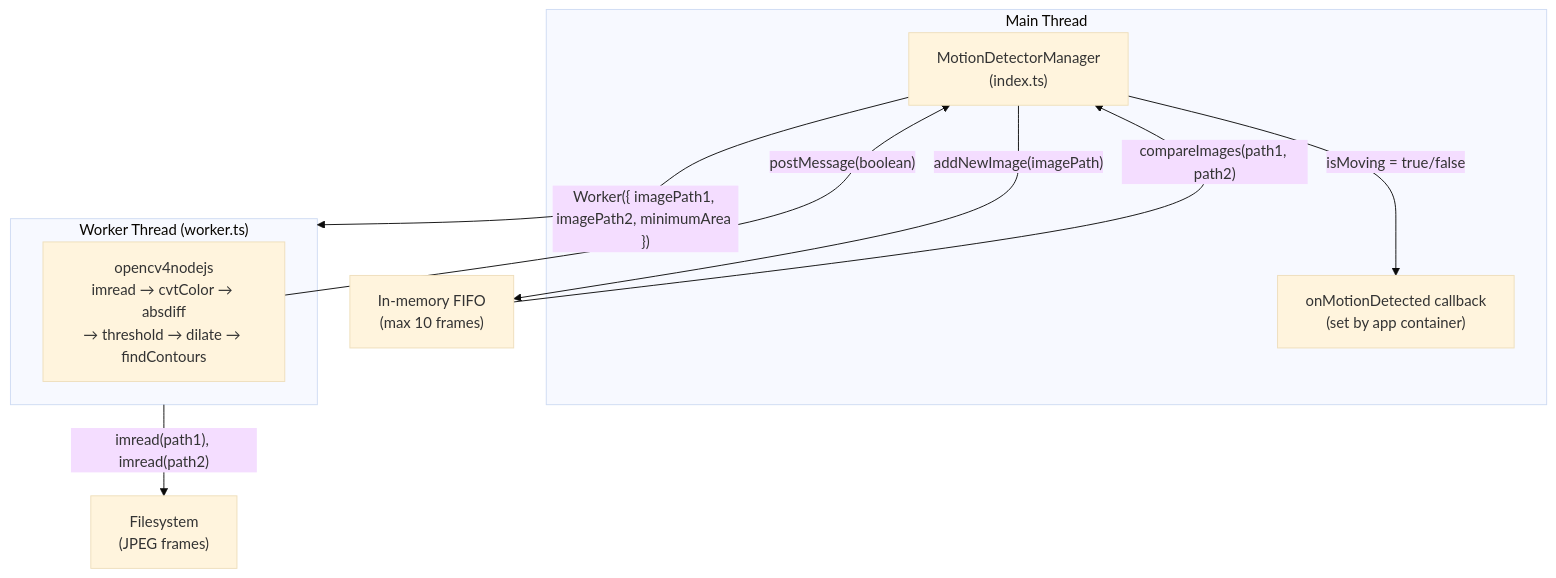
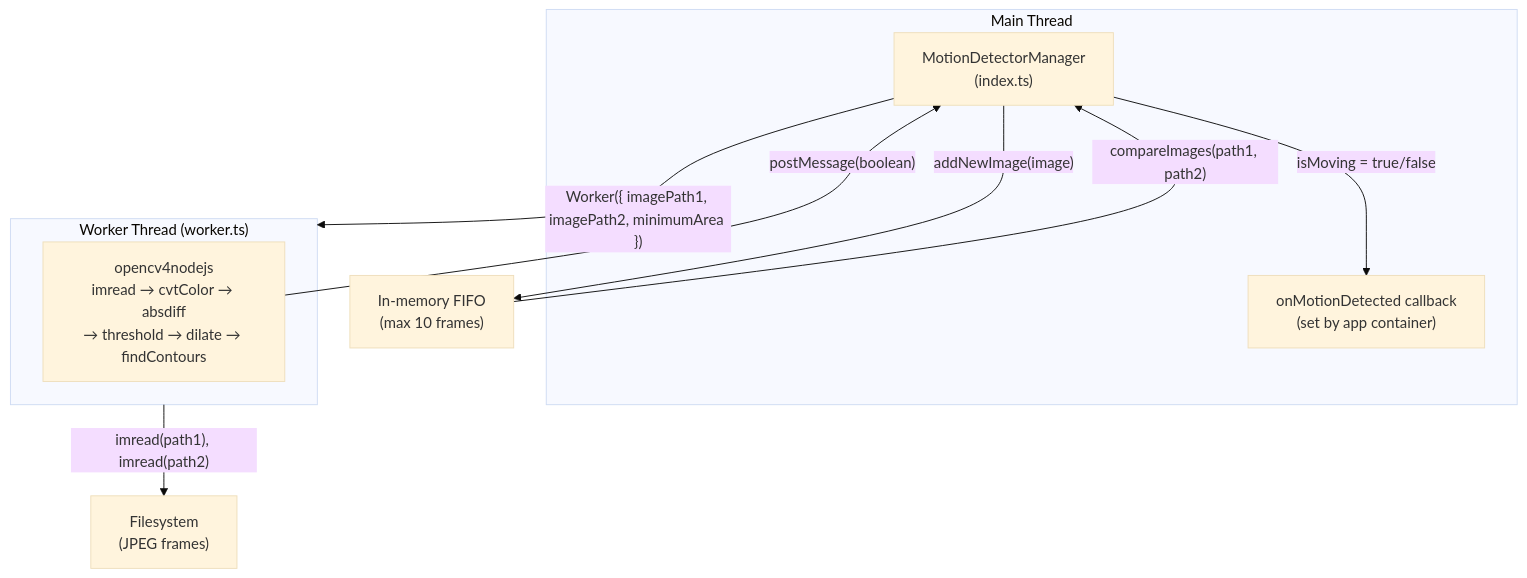
One commit to mhosseinab/hushiar changed the second of 4 diagrams in packages/core/README.md. Above: the diagram before and after it, drawn with Mermaid (base theme). The commit also changed other lines of this file, not shown here.

````diff
--- a/packages/core/README.md
+++ b/packages/core/README.md
@@ -138,20 +144,20 @@
 ```mermaid
 flowchart TD
     subgraph MainThread["Main Thread"]
         MDM["MotionDetectorManager\n(index.ts)"]
         CB["onMotionDetected callback\n(set by app container)"]
     end
 
     subgraph WorkerThread["Worker Thread (worker.ts)"]
         CV["opencv4nodejs\nimread → cvtColor → absdiff\n→ threshold → dilate → findContours"]
     end
 
     FS["Filesystem\n(JPEG frames)"]
 
-    MDM -- "addNewImage(imagePath)" --> FIFO["In-memory FIFO\n(max 10 frames)"]
+    MDM -- "addNewImage(image)" --> FIFO["In-memory FIFO\n(max 10 frames)"]
     FIFO -- "compareImages(path1, path2)" --> MDM
     MDM -- "Worker({ imagePath1, imagePath2, minimumArea })" --> WorkerThread
     WorkerThread -- "imread(path1), imread(path2)" --> FS
     CV -- "postMessage(boolean)" --> MDM
     MDM -- "isMoving = true/false" --> CB
 ```
````
